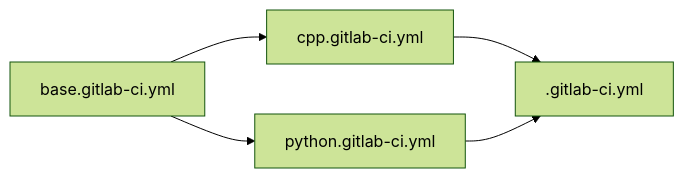
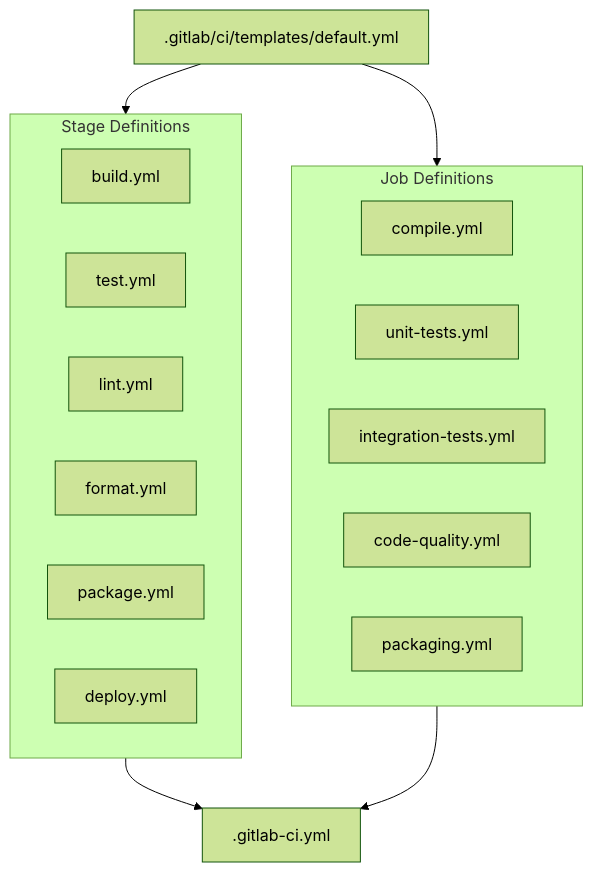
The fifth of 7 diagrams in memory-bank/systemPatterns.md (jlheater/test-project-123456), drawn with Mermaid (forest theme) before and after one commit. The commit also changed other lines of this file and 9 other files, not shown here.

````diff
--- a/memory-bank/systemPatterns.md
+++ b/memory-bank/systemPatterns.md
@@ -169,10 +140,27 @@
    ```mermaid
-   flowchart LR
-       Base["base.gitlab-ci.yml"]
-       CPP["cpp.gitlab-ci.yml"]
-       PY["python.gitlab-ci.yml"]
+   flowchart TD
+       Base[".gitlab/ci/templates/default.yml"]
+       Stages[".gitlab/ci/stages/*.yml"]
+       Jobs[".gitlab/ci/jobs/*.yml"]
        Main[".gitlab-ci.yml"]
        
-       Base --> CPP & PY
-       CPP & PY --> Main
+       Base --> Stages & Jobs
+       Stages & Jobs --> Main
+       
+       subgraph Stages["Stage Definitions"]
+           Build["build.yml"]
+           Test["test.yml"]
+           Lint["lint.yml"]
+           Format["format.yml"]
+           Package["package.yml"]
+           Deploy["deploy.yml"]
+       end
+       
+       subgraph Jobs["Job Definitions"]
+           Compile["compile.yml"]
+           UnitTest["unit-tests.yml"]
+           IntegTest["integration-tests.yml"]
+           CodeQuality["code-quality.yml"]
+           Pack["packaging.yml"]
+       end
    ```
````
